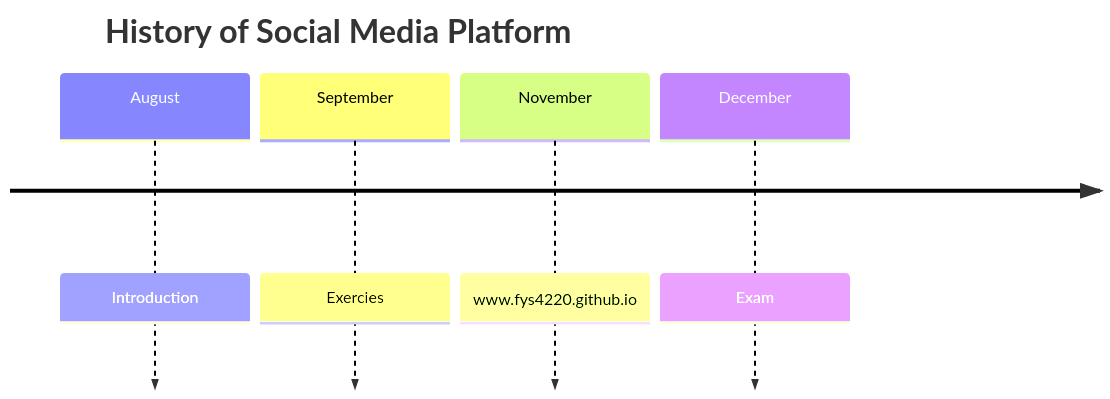
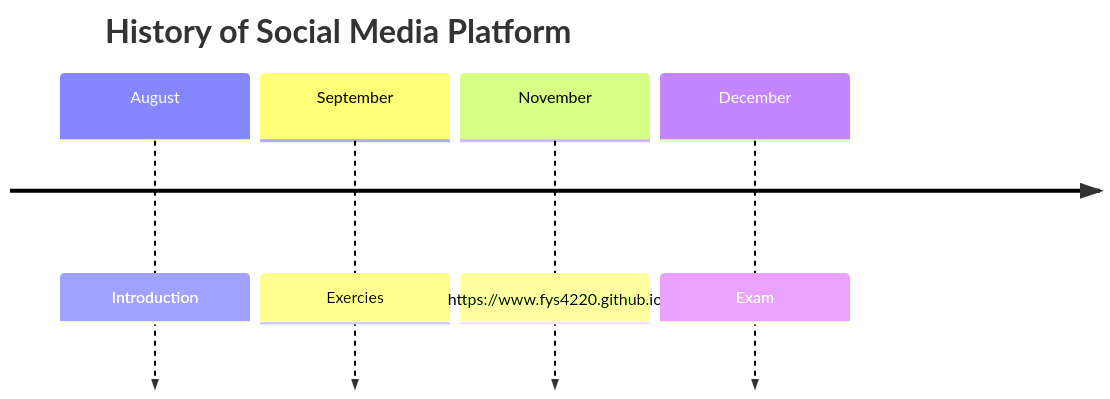
The diagram in README.md (fys4220/test), drawn with Mermaid before and after one commit.

````diff
--- a/README.md
+++ b/README.md
@@ -4,8 +4,8 @@
 ```mermaid
 timeline
     title History of Social Media Platform
     August : Introduction
     September : Exercies
-    November : www.fys4220.github.io
+    November : https://www.fys4220.github.io
     December : Exam
 ```
````
